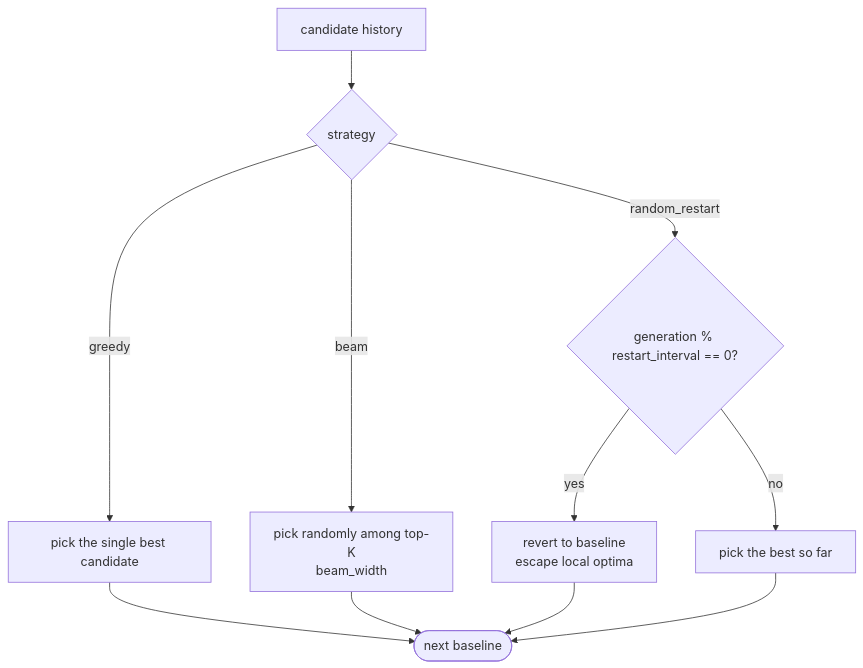
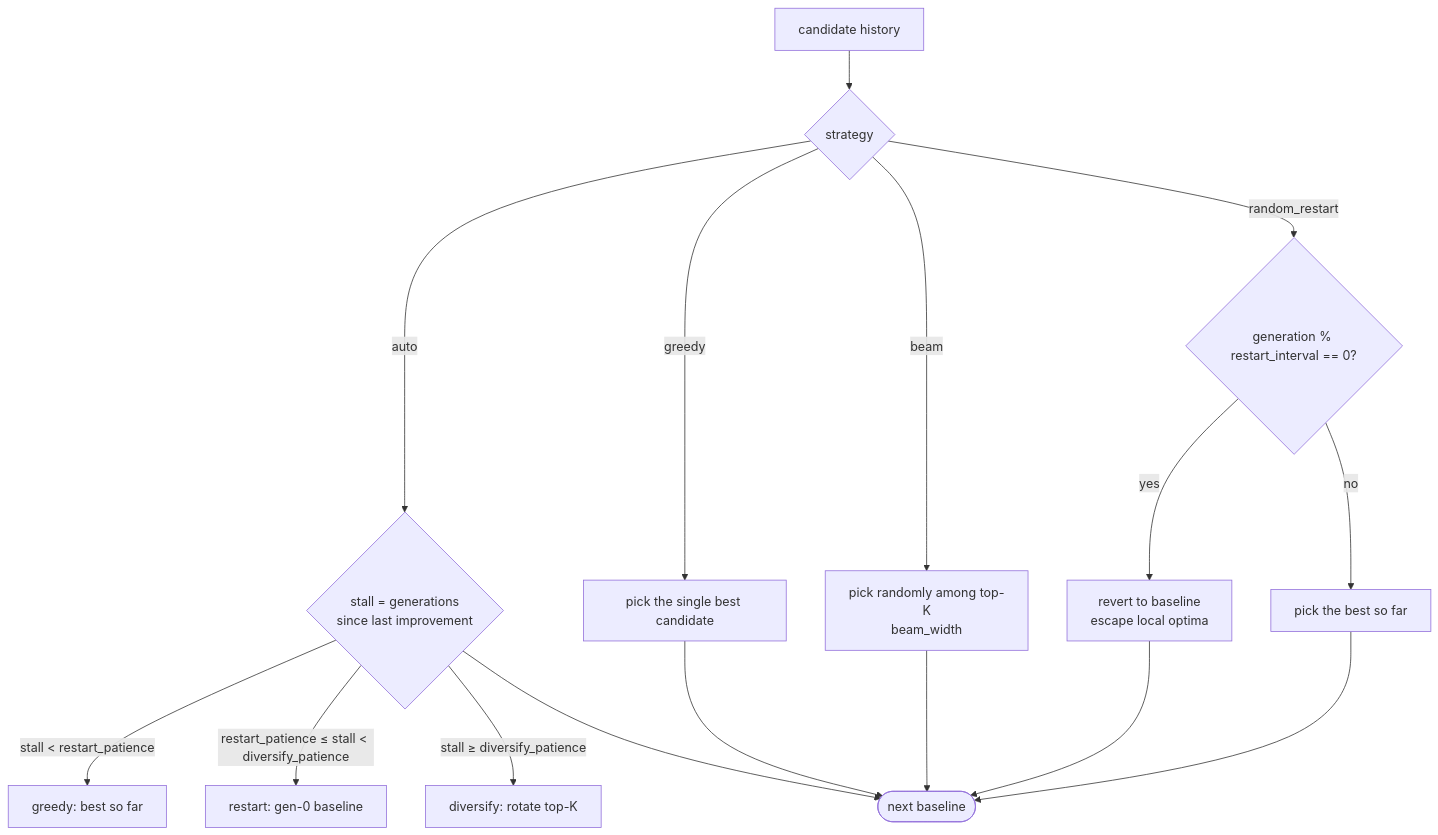
Before and after one commit to manashatwar/LoopBench-Optimizer: the first of 2 diagrams in docs/architecture/search-strategy.md, drawn with Mermaid. The commit also changed other lines of this file and 8 other files, not shown here.

````diff
--- a/docs/architecture/search-strategy.md
+++ b/docs/architecture/search-strategy.md
@@ -8,13 +8,18 @@
 ```mermaid
 flowchart TB
     H[candidate history] --> S{strategy}
+    S -->|auto| A{stall = generations<br/>since last improvement}
+    A -->|stall &lt; restart_patience| AG[greedy: best so far]
+    A -->|restart_patience ≤ stall &lt; diversify_patience| AR[restart: gen-0 baseline]
+    A -->|stall ≥ diversify_patience| AD[diversify: rotate top-K]
     S -->|greedy| G[pick the single best candidate]
     S -->|beam| B[pick randomly among top-K<br/>beam_width]
     S -->|random_restart| R{generation % restart_interval == 0?}
     R -->|yes| RB[revert to baseline<br/>escape local optima]
     R -->|no| RG[pick the best so far]
-    G --> N([next baseline])
+    A --> N([next baseline])
+    G --> N
     B --> N
     RB --> N
     RG --> N
 ```
````
